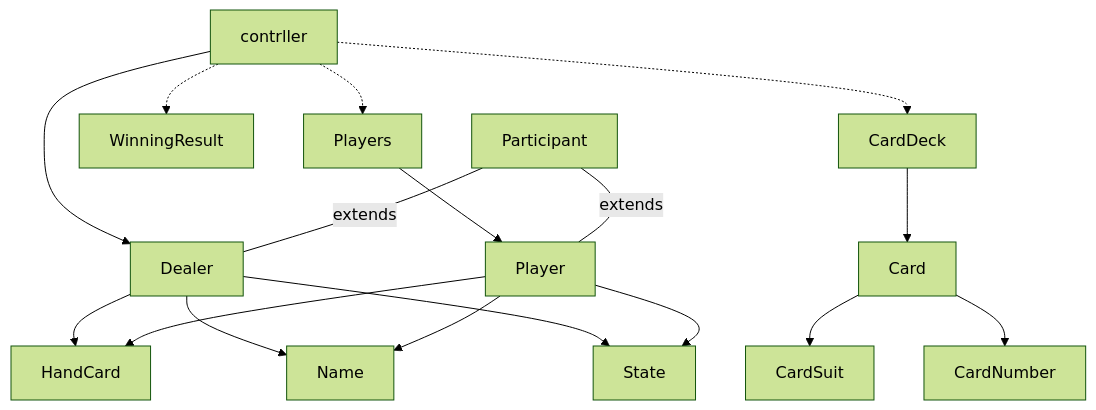
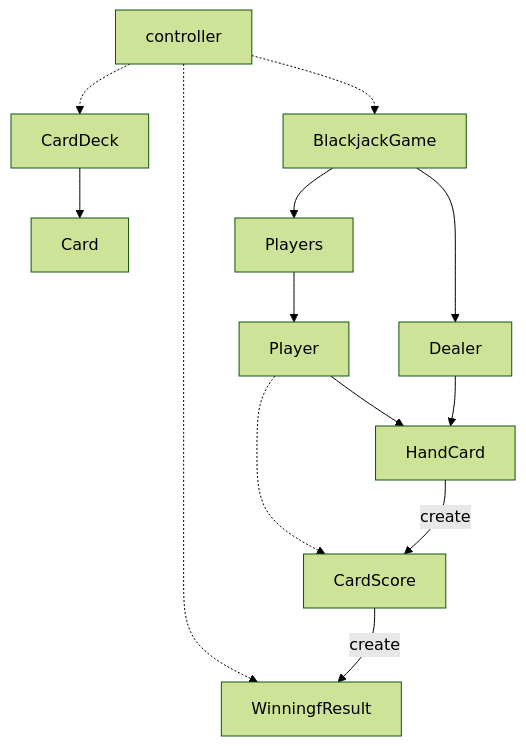
One commit to woowacourse/java-blackjack changed the diagram in README.md. Above: the diagram before and after it, drawn with Mermaid (forest theme).

Commit message:
docs: 의존관계 그래프 수정

````diff
--- a/README.md
+++ b/README.md
@@ -10,23 +10,14 @@
 ```mermaid
 graph TD
-    A[contrller] -.-> PS[Players]
-    A -.-> W[WinningResult]
-    A --> D[Dealer]
-    A -.-> CD[CardDeck]
-    
-    PS --> P[Player]
-    CD --> C[Card]
-    
-     Pa[Participant]--extends--- P
-     Pa[Participant]--extends--- D 
-    
-    D --> N[Name]
-    D --> H[HandCard]
-    P --> H
-    P --> N[Name]
-    D --> ST[State] 
-    P --> ST 
+    A[controller] -.-> G[BlackjackGame]
+    A -.-> CD[CardDeck] --> C[Card]
+    A -.-> WS
+    G --> PS[Players] --> P[Player] --> H[HandCard]
+    G --> D[Dealer] --> H
+    P -.-> CS[CardScore] 
 
-    C --> S[CardSuit]
-    C --> Num[CardNumber]
+    CS--> |create|WS
+    H--> |create|CS
+    WS[WinningfResult]
+
 ```
````
